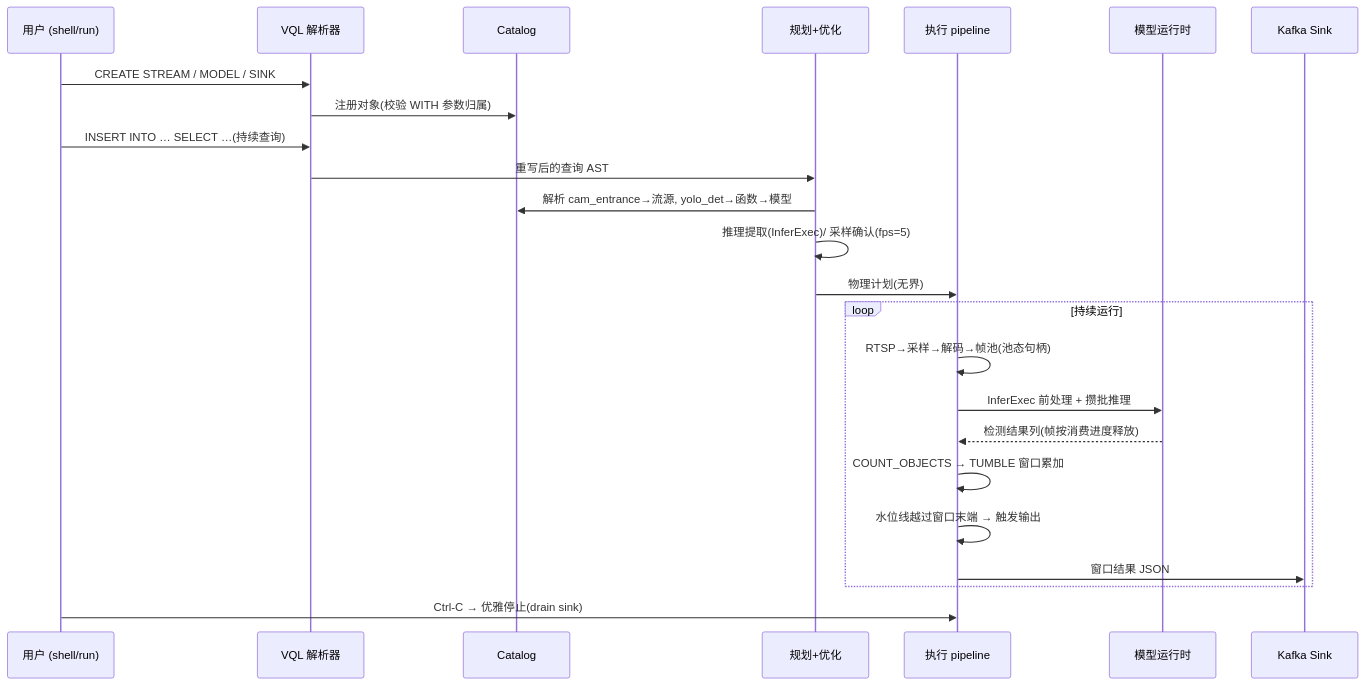
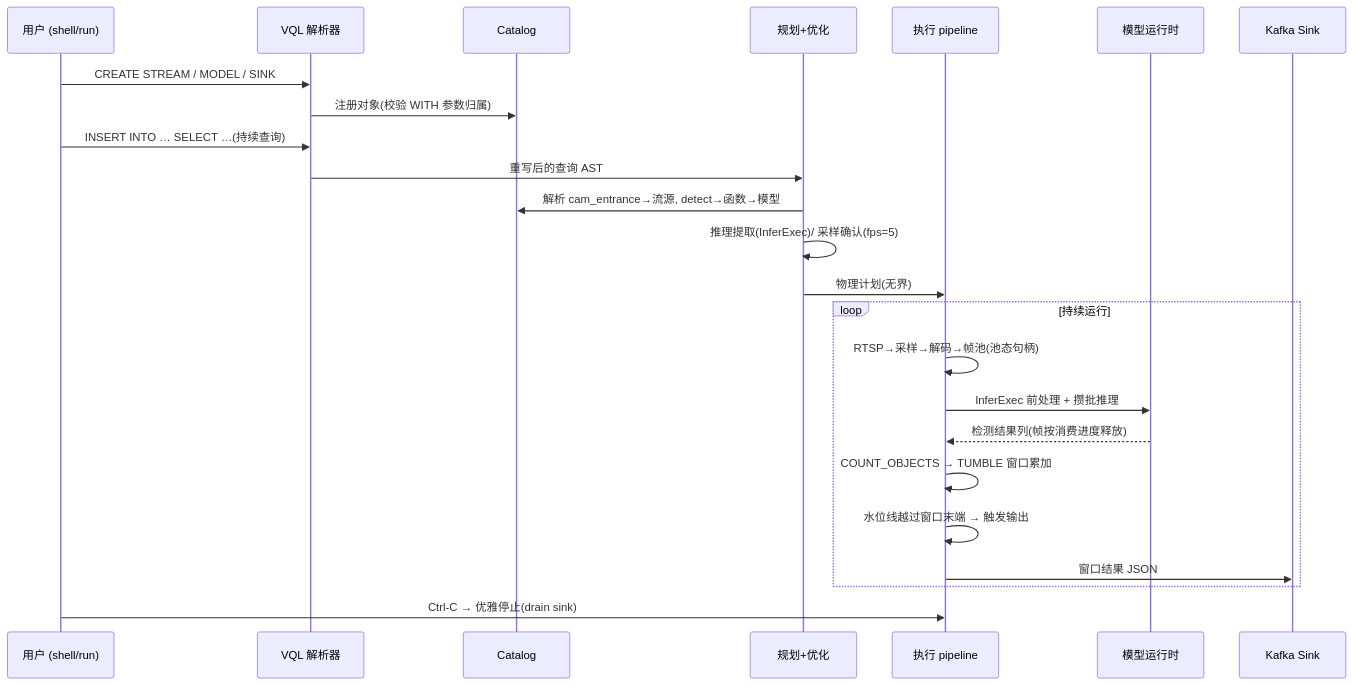
One commit to zhenlohuang/visionql changed the second of 2 diagrams in docs/system_design.md. Above: the diagram before and after it, drawn with Mermaid. The commit also changed other lines of this file and 3 other files, not shown here.

First line of the commit message:
docs: bump PRD to v0.1.3, add roadmap and workbench design docs

````diff
--- a/docs/system_design.md
+++ b/docs/system_design.md
@@ -171,27 +170,27 @@
 ```mermaid
 sequenceDiagram
     participant U as 用户 (shell/run)
     participant P as VQL 解析器
     participant C as Catalog
     participant O as 规划+优化
     participant E as 执行 pipeline
     participant M as 模型运行时
     participant K as Kafka Sink
 
     U->>P: CREATE STREAM / MODEL / SINK
     P->>C: 注册对象(校验 WITH 参数归属)
     U->>P: INSERT INTO … SELECT …(持续查询)
     P->>O: 重写后的查询 AST
-    O->>C: 解析 cam_entrance→流源, yolo_det→函数→模型
+    O->>C: 解析 cam_entrance→流源, detect→函数→模型
     O->>O: 推理提取(InferExec)/ 采样确认(fps=5)
     O->>E: 物理计划(无界)
     loop 持续运行
         E->>E: RTSP→采样→解码→帧池(池态句柄)
         E->>M: InferExec 前处理 + 攒批推理
         M-->>E: 检测结果列(帧按消费进度释放)
         E->>E: COUNT_OBJECTS → TUMBLE 窗口累加
         E->>E: 水位线越过窗口末端 → 触发输出
         E->>K: 窗口结果 JSON
     end
     U->>E: Ctrl-C → 优雅停止(drain sink)
 ```
````
